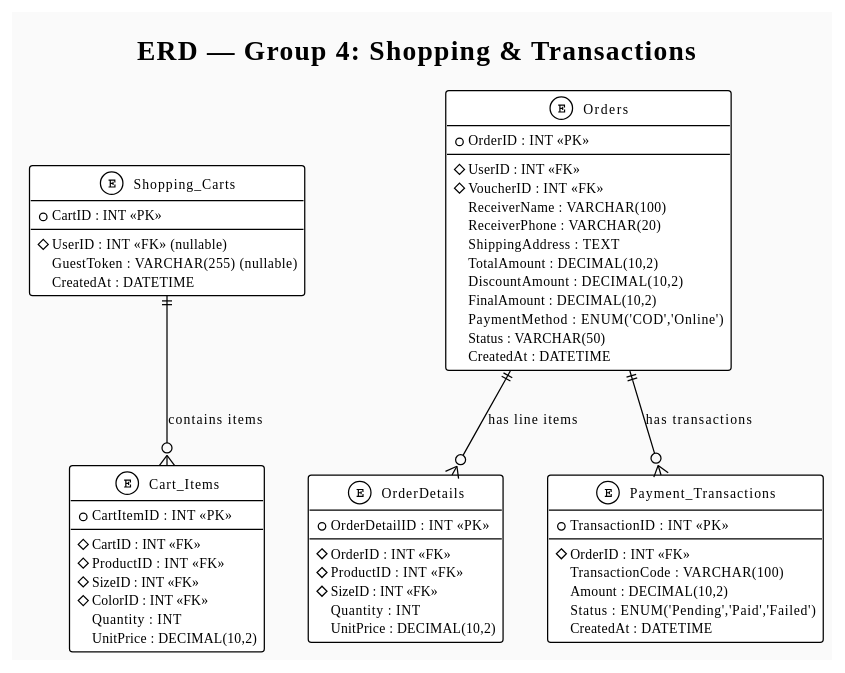
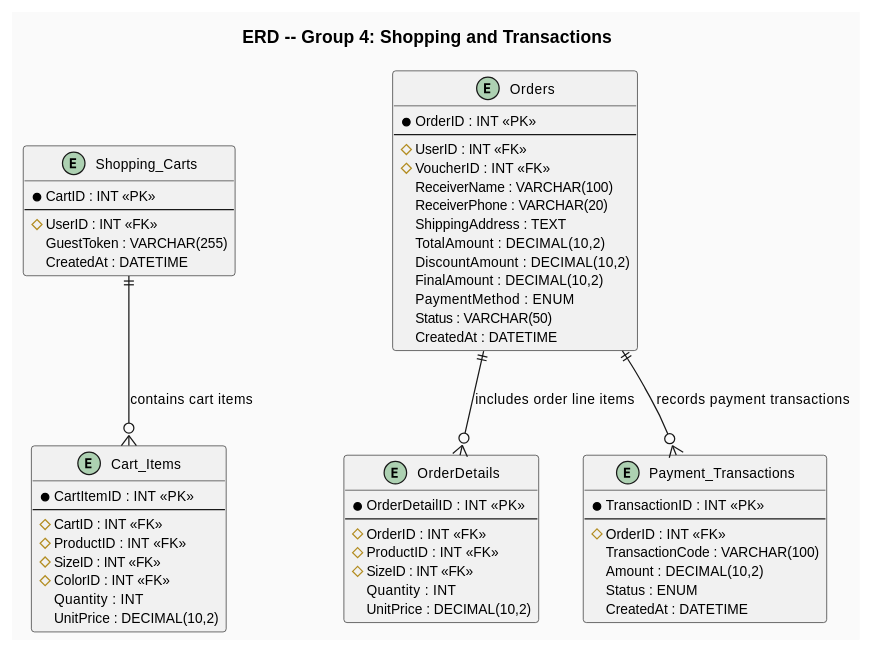
Before and after one commit to TungVuk4/Final-Project: the ninth of 9 diagrams in PlantUML_Diagrams.md, drawn with PlantUML. The commit also changed other lines of this file and 2 other files, not shown here.

````diff
--- a/PlantUML_Diagrams.md
+++ b/PlantUML_Diagrams.md
@@ -441,68 +443,68 @@
 ```plantuml
-@startuml FashionStyle_ERD_Group4_Orders
-!theme plain
+@startuml
 skinparam backgroundColor #FAFAFA
 skinparam defaultFontSize 11
 
-title ERD — Group 4: Shopping & Transactions
+title ERD -- Group 4: Shopping and Transactions
 
 entity "Shopping_Carts" as CART {
   * CartID : INT <<PK>>
   --
-  # UserID : INT <<FK>> (nullable)
-  GuestToken : VARCHAR(255) (nullable)
+  # UserID : INT <<FK>>
+  GuestToken : VARCHAR(255)
   CreatedAt : DATETIME
 }
 
 entity "Cart_Items" as CITEMS {
   * CartItemID : INT <<PK>>
   --
   # CartID : INT <<FK>>
   # ProductID : INT <<FK>>
   # SizeID : INT <<FK>>
   # ColorID : INT <<FK>>
   Quantity : INT
   UnitPrice : DECIMAL(10,2)
 }
 
 entity "Orders" as ORD {
   * OrderID : INT <<PK>>
   --
   # UserID : INT <<FK>>
   # VoucherID : INT <<FK>>
   ReceiverName : VARCHAR(100)
   ReceiverPhone : VARCHAR(20)
   ShippingAddress : TEXT
   TotalAmount : DECIMAL(10,2)
   DiscountAmount : DECIMAL(10,2)
   FinalAmount : DECIMAL(10,2)
-  PaymentMethod : ENUM('COD','Online')
+  PaymentMethod : ENUM
   Status : VARCHAR(50)
   CreatedAt : DATETIME
 }
 
 entity "OrderDetails" as ODET {
   * OrderDetailID : INT <<PK>>
   --
   # OrderID : INT <<FK>>
   # ProductID : INT <<FK>>
   # SizeID : INT <<FK>>
   Quantity : INT
   UnitPrice : DECIMAL(10,2)
 }
 
 entity "Payment_Transactions" as PAY {
   * TransactionID : INT <<PK>>
   --
   # OrderID : INT <<FK>>
   TransactionCode : VARCHAR(100)
   Amount : DECIMAL(10,2)
-  Status : ENUM('Pending','Paid','Failed')
+  Status : ENUM
   CreatedAt : DATETIME
 }
 
-CART ||--o{ CITEMS : "contains items"
-ORD ||--o{ ODET : "has line items"
-ORD ||--o{ PAY : "has transactions"
+CART ||--o{ CITEMS : "contains cart items"
+ORD ||--o{ ODET : "includes order line items"
+ORD ||--o{ PAY : "records payment transactions"
+
 @enduml
 ```
````
